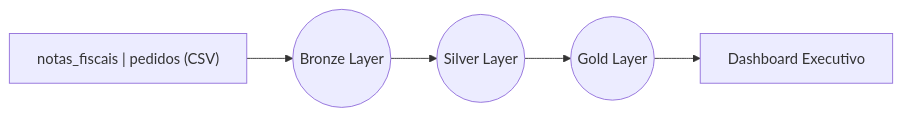
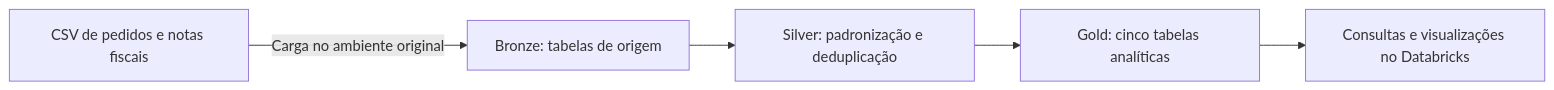
The diagram in README.md (Luizrocha0/industria-automobilistida), drawn with Mermaid before and after one commit. The commit also changed other lines of this file, not shown here.

````diff
--- a/README.md
+++ b/README.md
@@ -12,7 +15,7 @@
 ```mermaid
-graph LR
-A["notas_fiscais | pedidos (CSV)"] --> B((Bronze Layer))
-    B --> C((Silver Layer))
-    C --> D((Gold Layer))
-    D --> E[Dashboard Executivo]
+flowchart LR
+    A["CSV de pedidos e notas fiscais"] -->|"Carga no ambiente original"| B["Bronze: tabelas de origem"]
+    B --> C["Silver: padronização e deduplicação"]
+    C --> D["Gold: cinco tabelas analíticas"]
+    D --> E["Consultas e visualizações no Databricks"]
 ```
````
